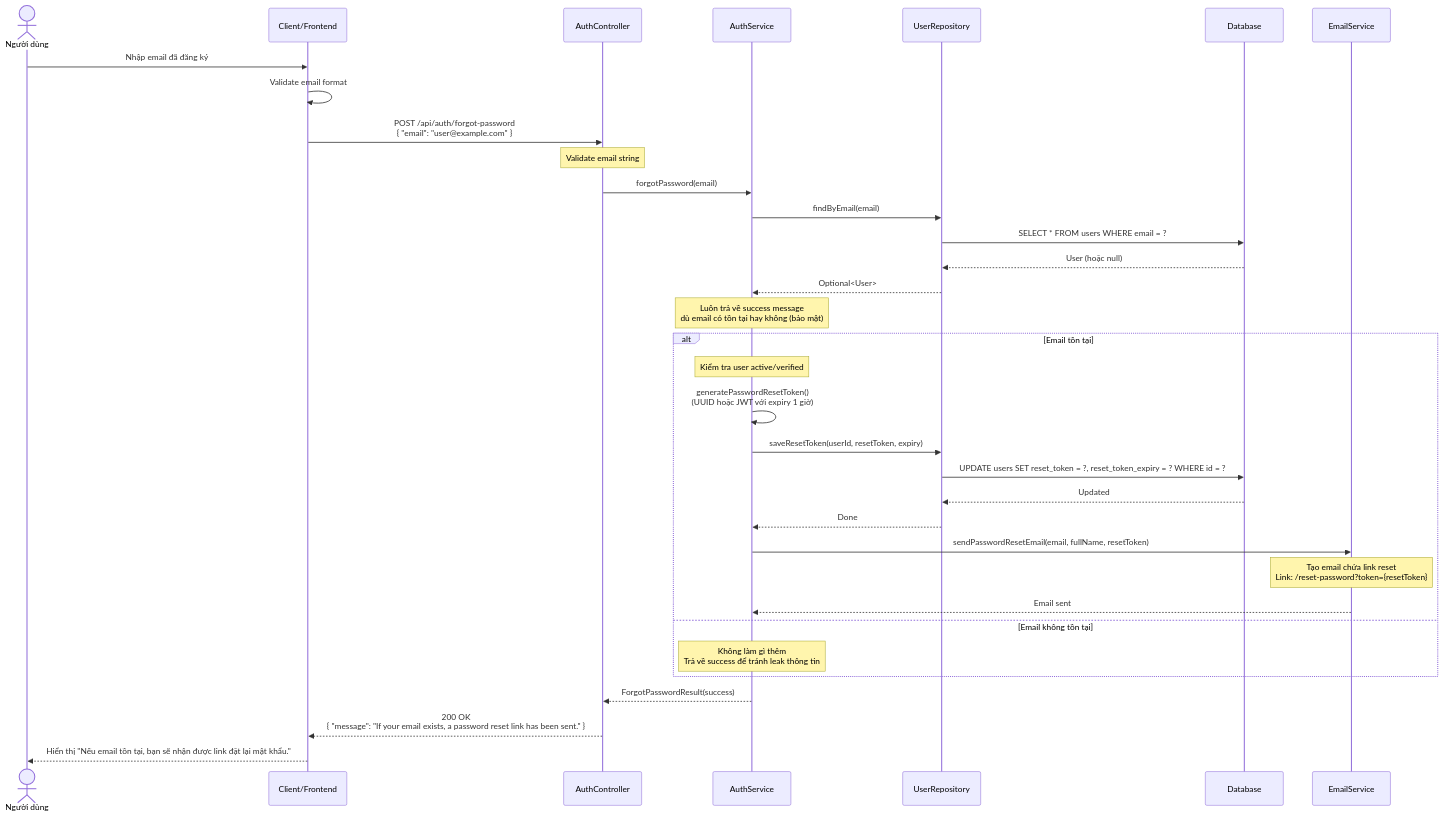
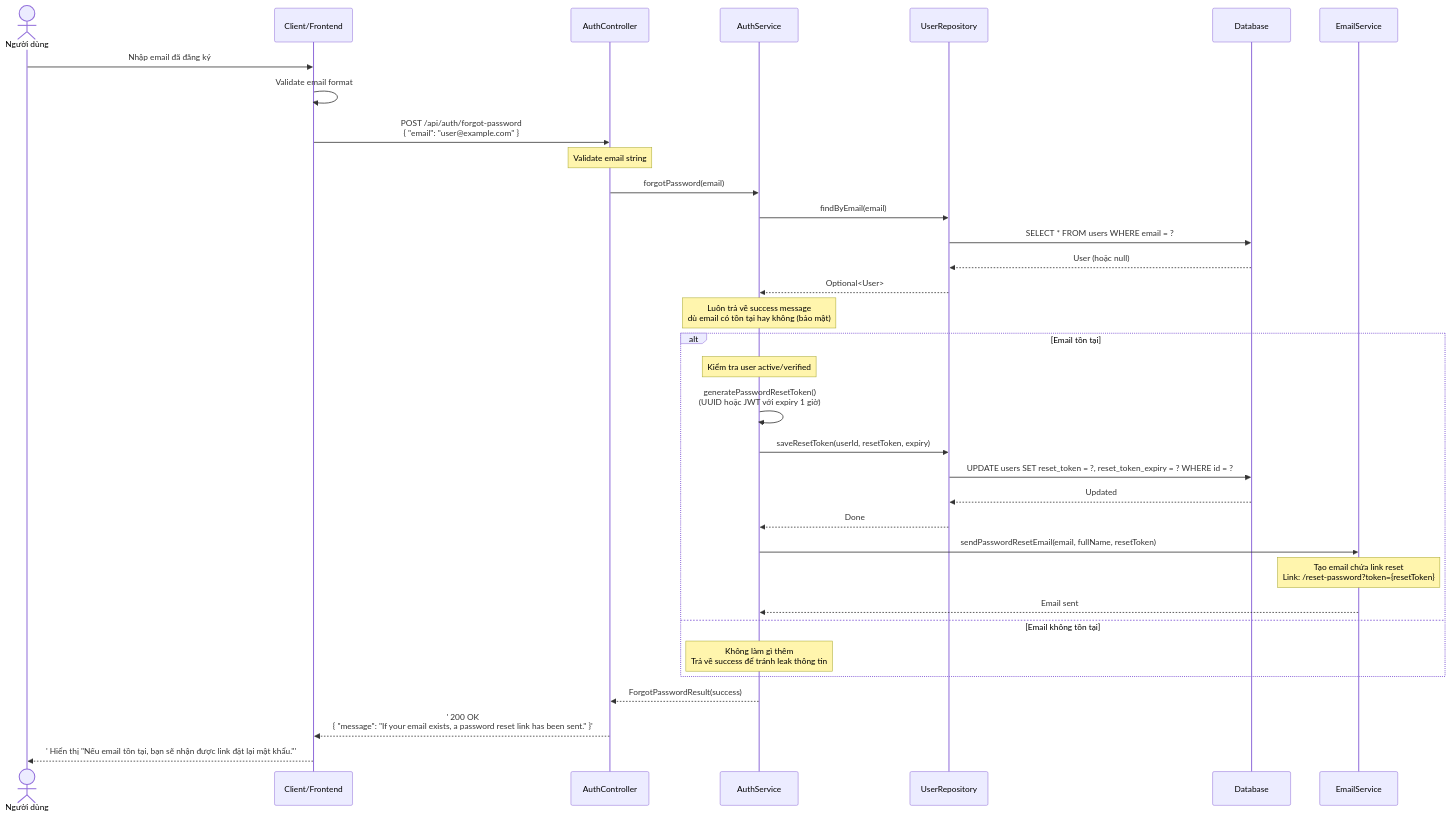
The fifth of 7 diagrams in docs/sequence-diagramV2/sequence-diagram-auth.md (mchien04/CampusLife), drawn with Mermaid before and after one commit. The commit also changed other lines of this file and 18 other files, not shown here.

First line of the commit message:
fix(sequence-diagramV2): fix Mermaid parse errors

````diff
--- a/docs/sequence-diagramV2/sequence-diagram-auth.md
+++ b/docs/sequence-diagramV2/sequence-diagram-auth.md
@@ -168,41 +168,41 @@
 ```mermaid
 sequenceDiagram
     actor User as Người dùng
     participant Client as Client/Frontend
     participant AuthController as AuthController
     participant AuthService as AuthService
     participant UserRepository as UserRepository
     participant Database as Database
     participant EmailService as EmailService
 
     User->>Client: Nhập email đã đăng ký
     Client->>Client: Validate email format
     Client->>AuthController: POST /api/auth/forgot-password<br/>{ "email": "user@example.com" }
     Note over AuthController: Validate email string
     AuthController->>AuthService: forgotPassword(email)
     
     AuthService->>UserRepository: findByEmail(email)
     UserRepository->>Database: SELECT * FROM users WHERE email = ?
     Database-->>UserRepository: User (hoặc null)
     UserRepository-->>AuthService: Optional<User>
     
     Note over AuthService: Luôn trả về success message<br/>dù email có tồn tại hay không (bảo mật)
     alt Email tồn tại
         Note over AuthService: Kiểm tra user active/verified
         AuthService->>AuthService: generatePasswordResetToken()<br/>(UUID hoặc JWT với expiry 1 giờ)
         AuthService->>UserRepository: saveResetToken(userId, resetToken, expiry)
         UserRepository->>Database: UPDATE users SET reset_token = ?, reset_token_expiry = ? WHERE id = ?
         Database-->>UserRepository: Updated
         UserRepository-->>AuthService: Done
         
         AuthService->>EmailService: sendPasswordResetEmail(email, fullName, resetToken)
         Note over EmailService: Tạo email chứa link reset<br/>Link: /reset-password?token={resetToken}
         EmailService-->>AuthService: Email sent
     else Email không tồn tại
         Note over AuthService: Không làm gì thêm<br/>Trả về success để tránh leak thông tin
     end
     
     AuthService-->>AuthController: ForgotPasswordResult(success)
-    AuthController-->>Client: 200 OK<br/>{ "message": "If your email exists, a password reset link has been sent." }
-    Client-->>User: Hiển thị "Nếu email tồn tại, bạn sẽ nhận được link đặt lại mật khẩu."
+    AuthController-->>Client:' 200 OK<br/>{ "message": "If your email exists, a password reset link has been sent." }'
+    Client-->>User:' Hiển thị "Nếu email tồn tại, bạn sẽ nhận được link đặt lại mật khẩu."'
 ```
````
